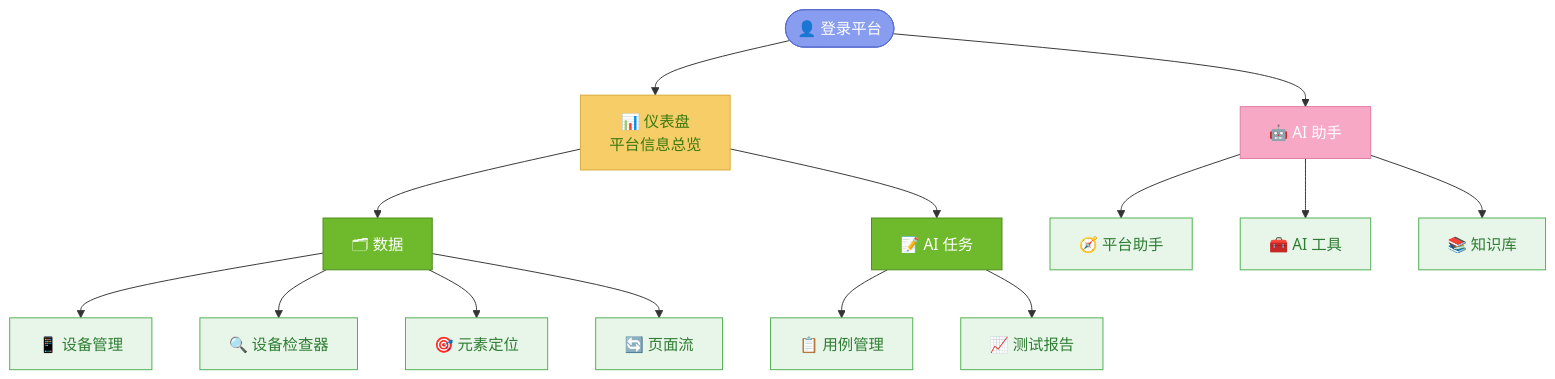
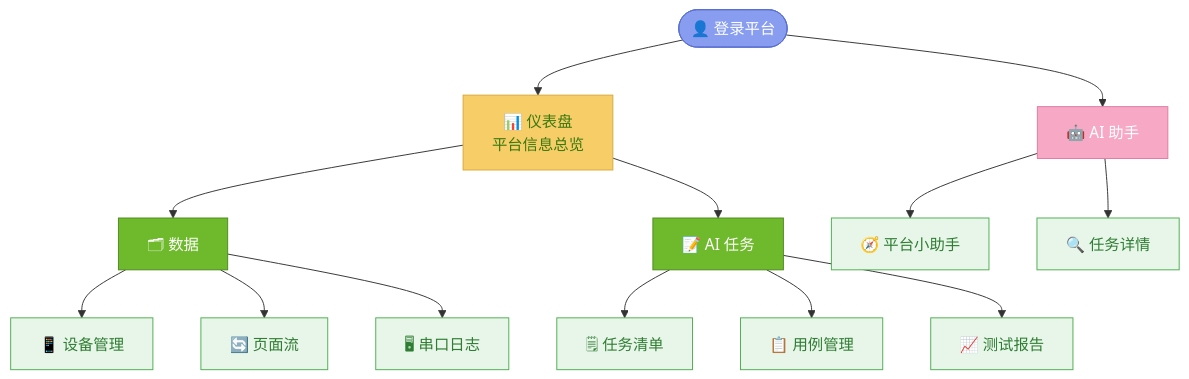
The first of 3 diagrams in dev_docs/ARCH_PRD/PRD-平台总需求.md (Kahoku-lazy/Android-AutoTests), drawn with Mermaid before and after one commit. The commit also changed other lines of this file and 39 other files, not shown here.

````diff
--- a/dev_docs/ARCH_PRD/PRD-平台总需求.md
+++ b/dev_docs/ARCH_PRD/PRD-平台总需求.md
@@ -36,31 +66,30 @@
 ```mermaid
 flowchart TD
     A(["👤 登录平台"]) --> B["📊 仪表盘<br/>平台信息总览"]
     A --> AI["🤖 AI 助手"]
 
     B --> DATA["🗂 数据"]
     B --> TASK["📝 AI 任务"]
 
     DATA --> DP["📱 设备管理"]
-    DATA --> DI["🔍 设备检查器"]
-    DATA --> EL["🎯 元素定位"]
     DATA --> WF["🔄 页面流"]
+    DATA --> SL["🖥 串口日志"]
 
+    TASK --> TL["🗒 任务清单"]
     TASK --> CM["📋 用例管理"]
     TASK --> RG["📈 测试报告"]
 
-    AI --> PA["🧭 平台助手"]
-    AI --> TOOL["🧰 AI 工具"]
-    AI --> KB["📚 知识库"]
+    AI --> PA["🧭 平台小助手"]
+    AI --> TD["🔍 任务详情"]
 
     classDef entry fill:#889df0,color:#fff,stroke:#5a6fd0;
     classDef hub fill:#f7cd67,color:#3a7a10,stroke:#d9a93a;
     classDef group fill:#6fba2c,color:#fff,stroke:#4e8a1f;
     classDef leaf fill:#e8f5e9,color:#2e7d32,stroke:#4caf50;
     classDef ai fill:#f7a8c4,color:#fff,stroke:#e07ba0;
     class A entry;
     class B hub;
     class DATA,TASK group;
-    class DP,DI,EL,WF,CM,RG,PA,TOOL,KB leaf;
+    class DP,WF,SL,TL,CM,RG,PA,TD leaf;
     class AI ai;
 ```
````
